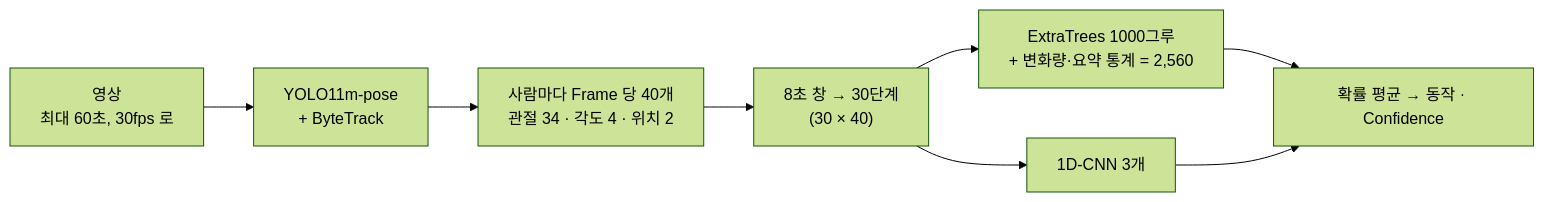
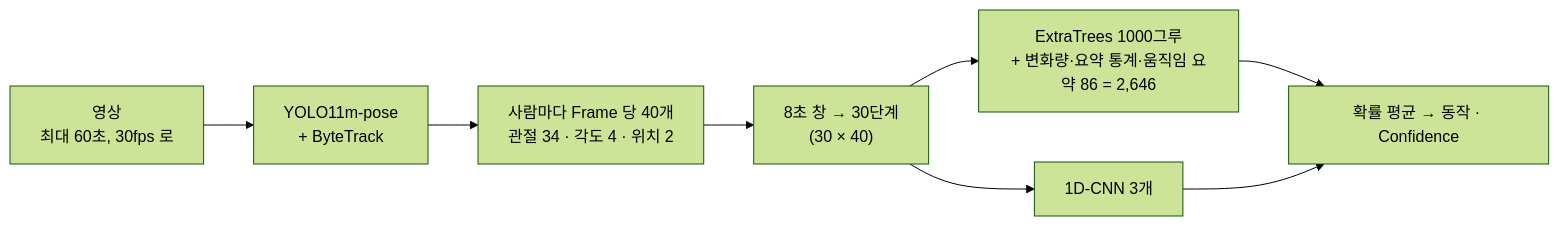
Before and after one commit to wlgptjd333/store-anomaly-service: the fifth of 5 diagrams in README.md, drawn with Mermaid (forest theme). The commit also changed other lines of this file and 19 other files, not shown here.

````diff
--- a/README.md
+++ b/README.md
@@ -203,10 +203,10 @@
 ```mermaid
 flowchart LR
     A["영상<br/>최대 60초, 30fps 로"] --> B["YOLO11m-pose<br/>+ ByteTrack"]
     B --> C["사람마다 Frame 당 40개<br/>관절 34 · 각도 4 · 위치 2"]
     C --> D["8초 창 → 30단계<br/>(30 × 40)"]
-    D --> E1["ExtraTrees 1000그루<br/>+ 변화량·요약 통계 = 2,560"]
+    D --> E1["ExtraTrees 1000그루<br/>+ 변화량·요약 통계·움직임 요약 86 = 2,646"]
     D --> E2["1D-CNN 3개"]
     E1 --> G["확률 평균 → 동작 · Confidence"]
     E2 --> G
 ```
````
